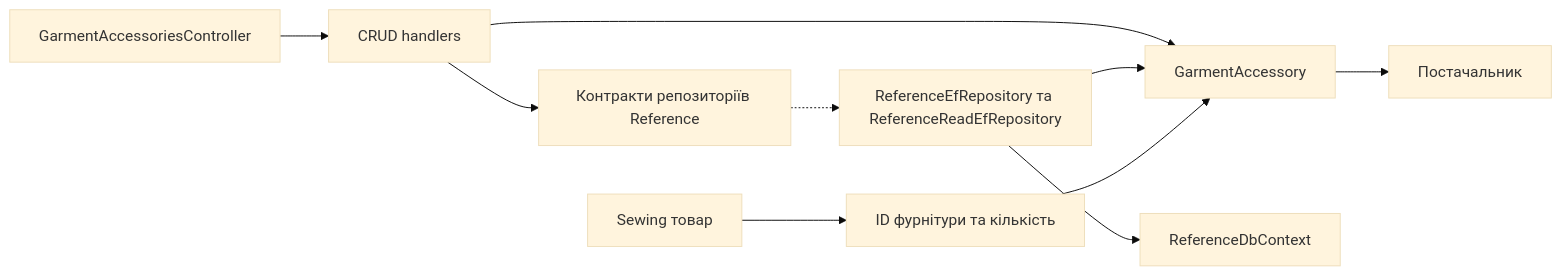
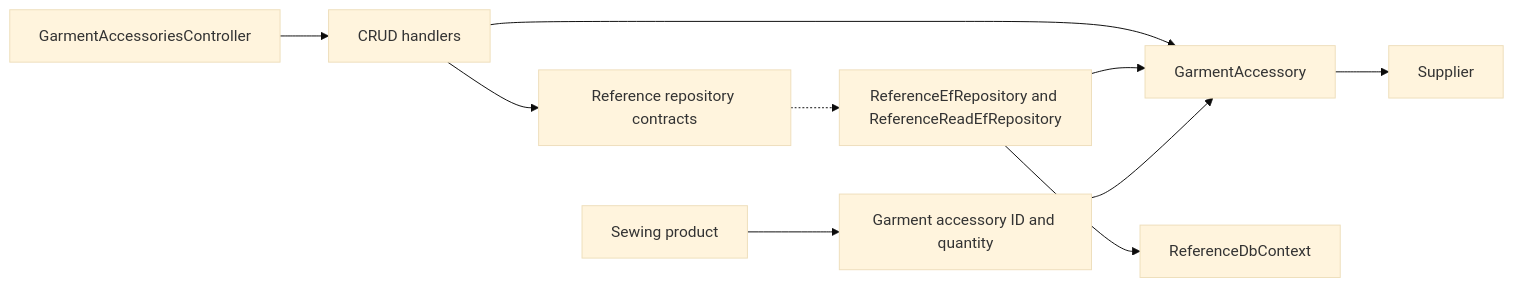
The diagram in docs/sdd/features/reference/garment-accessories.md (Weretik/BreviERP), drawn with Mermaid (base theme) before and after one commit. The commit also changed other lines of this file and 204 other files, not shown here.

````diff
--- a/docs/sdd/features/reference/garment-accessories.md
+++ b/docs/sdd/features/reference/garment-accessories.md
@@ -32,12 +32,12 @@
 ```mermaid
 flowchart LR
     A["GarmentAccessoriesController"] --> B["CRUD handlers"]
     B --> C["GarmentAccessory"]
-    B --> D["Контракти репозиторіїв Reference"]
-    D -.-> E["ReferenceEfRepository та ReferenceReadEfRepository"]
+    B --> D["Reference repository contracts"]
+    D -.-> E["ReferenceEfRepository and ReferenceReadEfRepository"]
     E --> F["ReferenceDbContext"]
     E --> C
-    C --> G["Постачальник"]
-    H["Sewing товар"] --> I["ID фурнітури та кількість"]
+    C --> G["Supplier"]
+    H["Sewing product"] --> I["Garment accessory ID and quantity"]
     I --> C
 ```
````
